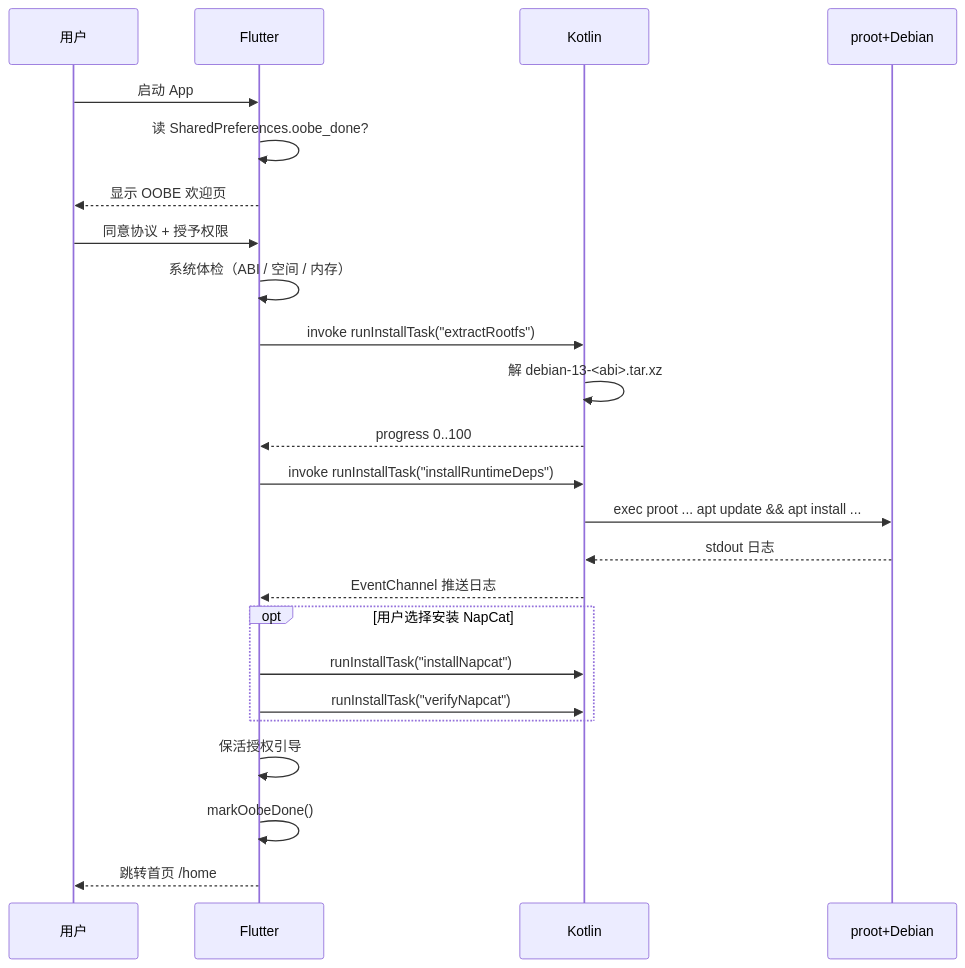
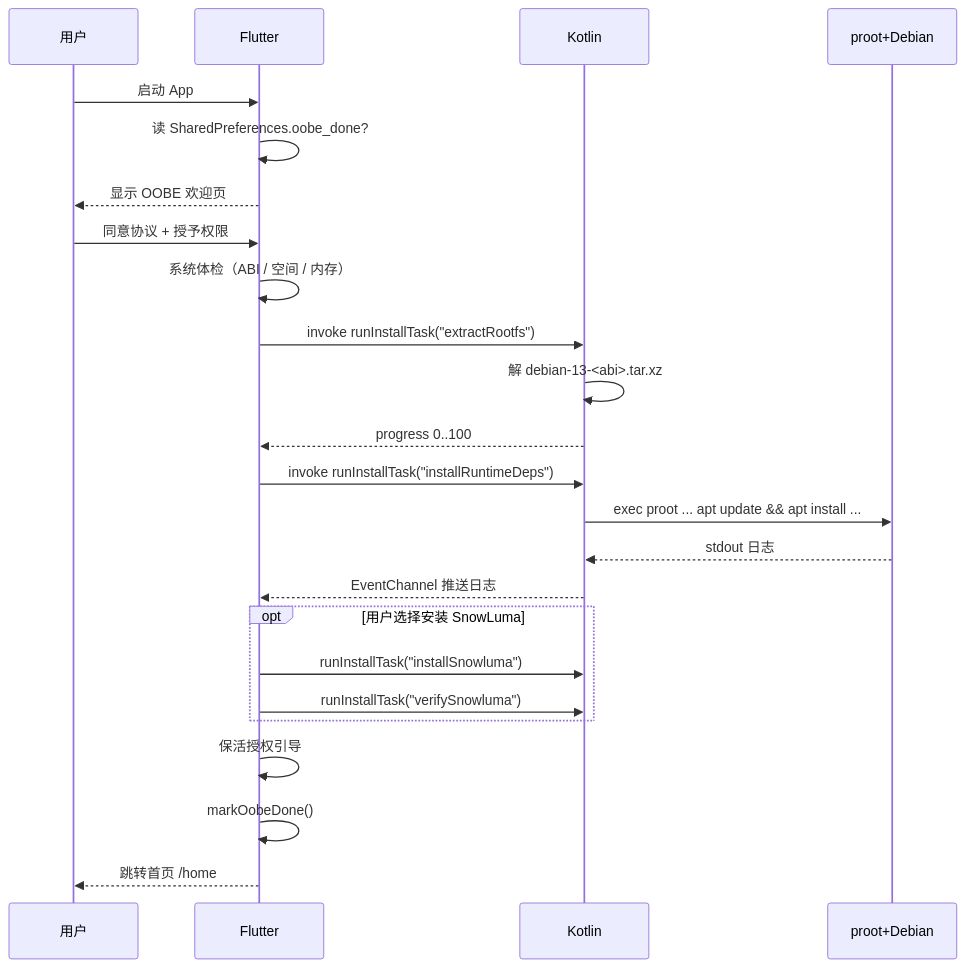
One commit to ikun-1145141/MoFox-Android changed the first of 4 diagrams in ARCHITECTURE.md. Above: the diagram before and after it, drawn with Mermaid. The commit also changed other lines of this file and 52 other files, not shown here.

First line of the commit message:
SnowLuma 迁移：QQ 协议端由 NapCat 替换为 SnowLuma（LD_PRELOAD 预加载接入）

````diff
--- a/ARCHITECTURE.md
+++ b/ARCHITECTURE.md
@@ -417,27 +417,27 @@
 ```mermaid
 sequenceDiagram
     participant U as 用户
     participant F as Flutter
     participant K as Kotlin
     participant P as proot+Debian
 
     U->>F: 启动 App
     F->>F: 读 SharedPreferences.oobe_done?
     F-->>U: 显示 OOBE 欢迎页
     U->>F: 同意协议 + 授予权限
     F->>F: 系统体检（ABI / 空间 / 内存）
     F->>K: invoke runInstallTask("extractRootfs")
     K->>K: 解 debian-13-<abi>.tar.xz
     K-->>F: progress 0..100
     F->>K: invoke runInstallTask("installRuntimeDeps")
     K->>P: exec proot ... apt update && apt install ...
     P-->>K: stdout 日志
     K-->>F: EventChannel 推送日志
-    opt 用户选择安装 NapCat
-        F->>K: runInstallTask("installNapcat")
-        F->>K: runInstallTask("verifyNapcat")
+    opt 用户选择安装 SnowLuma
+        F->>K: runInstallTask("installSnowluma")
+        F->>K: runInstallTask("verifySnowluma")
     end
     F->>F: 保活授权引导
     F->>F: markOobeDone()
     F-->>U: 跳转首页 /home
 ```
````
